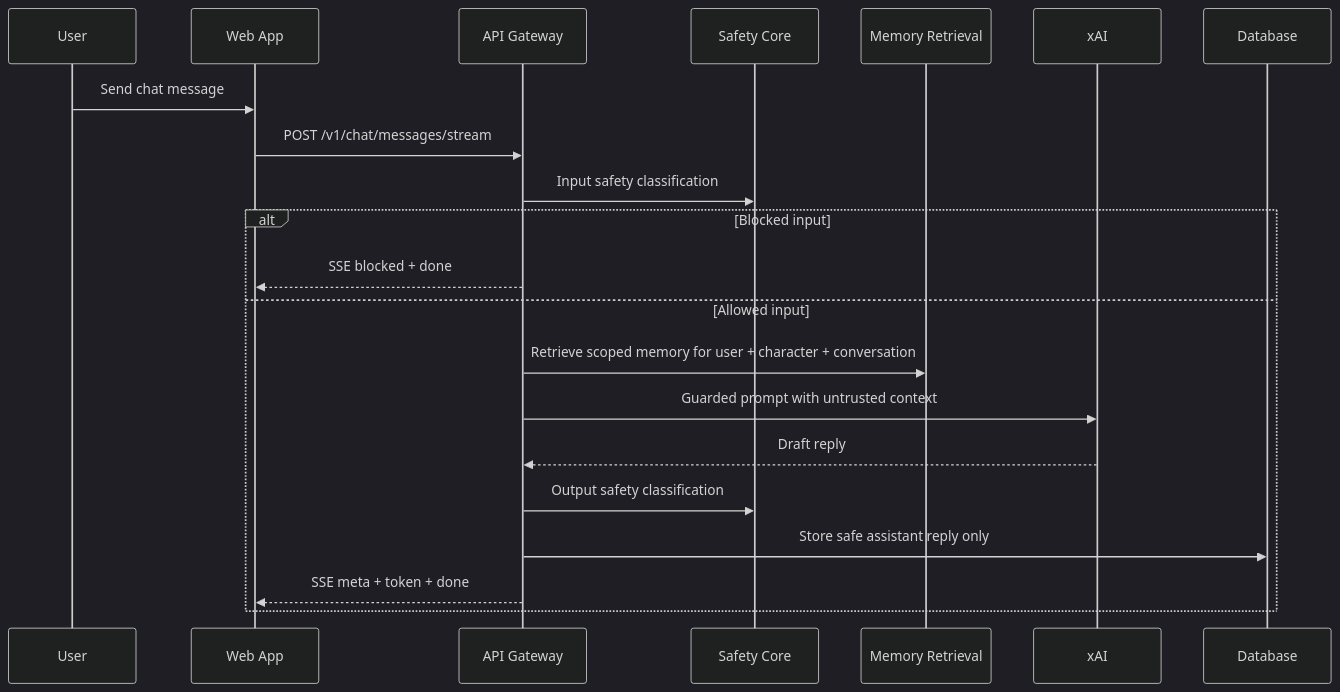
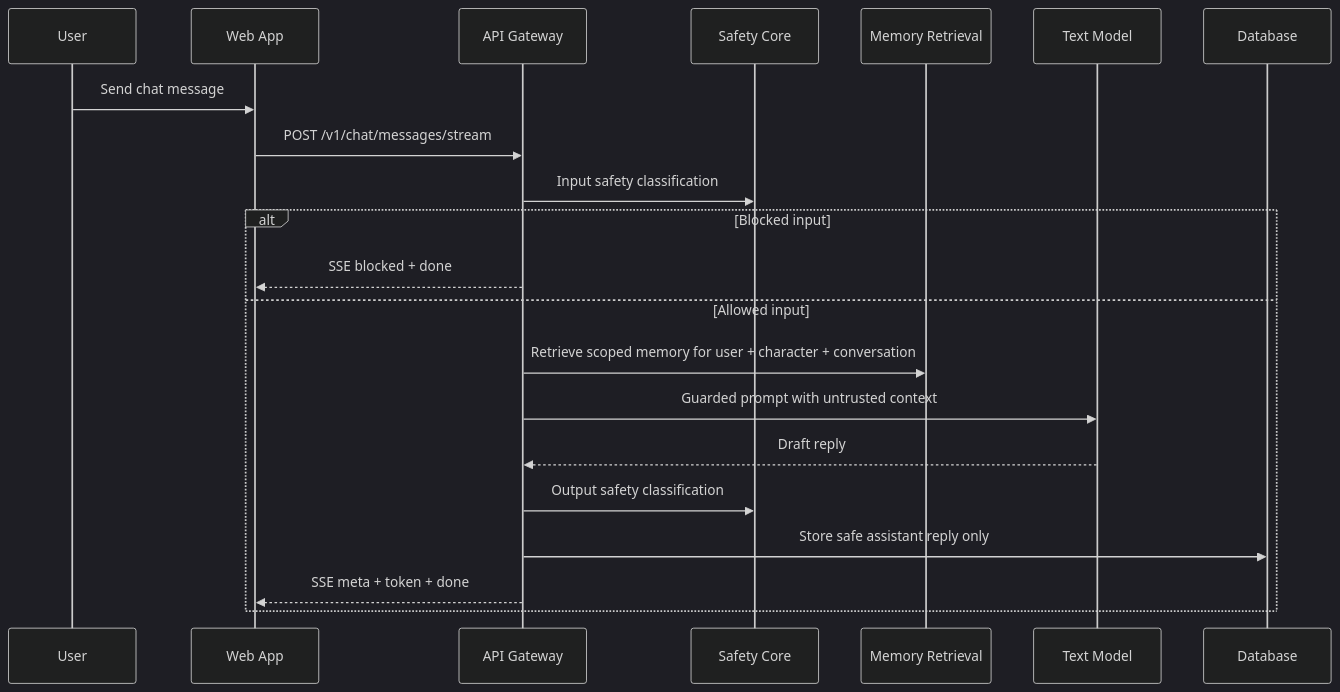
The diagram in docs/guardrails-and-sse.md (Afnanksalal/hana-chat), drawn with Mermaid (dark theme) before and after one commit. The commit also changed 19 other files, not shown here.

Commit message:
Add AgentRouter text model routing

````diff
--- a/docs/guardrails-and-sse.md
+++ b/docs/guardrails-and-sse.md
@@ -13,24 +13,24 @@
 ```mermaid
 sequenceDiagram
   participant U as User
   participant W as Web App
   participant A as API Gateway
   participant S as Safety Core
   participant M as Memory Retrieval
-  participant X as xAI
+  participant X as Text Model
   participant D as Database
 
   U->>W: Send chat message
   W->>A: POST /v1/chat/messages/stream
   A->>S: Input safety classification
   alt Blocked input
     A-->>W: SSE blocked + done
   else Allowed input
     A->>M: Retrieve scoped memory for user + character + conversation
     A->>X: Guarded prompt with untrusted context
     X-->>A: Draft reply
     A->>S: Output safety classification
     A->>D: Store safe assistant reply only
     A-->>W: SSE meta + token + done
   end
 ```
````
